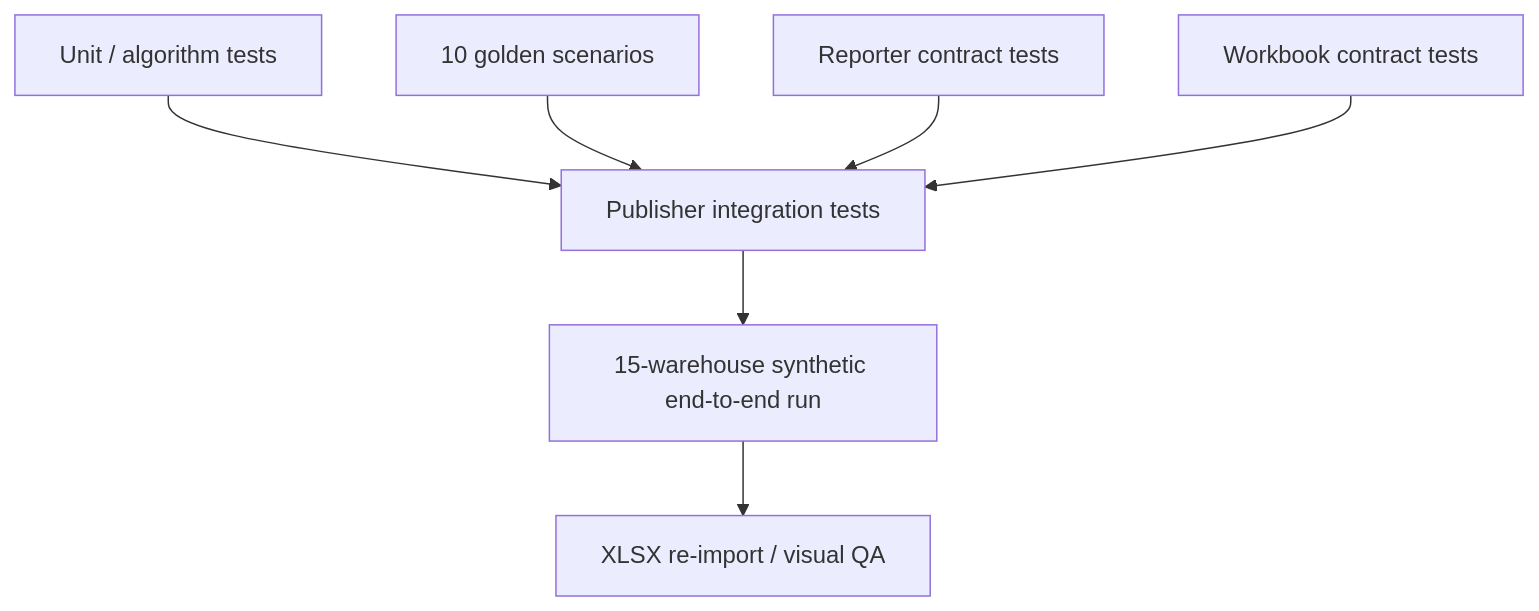
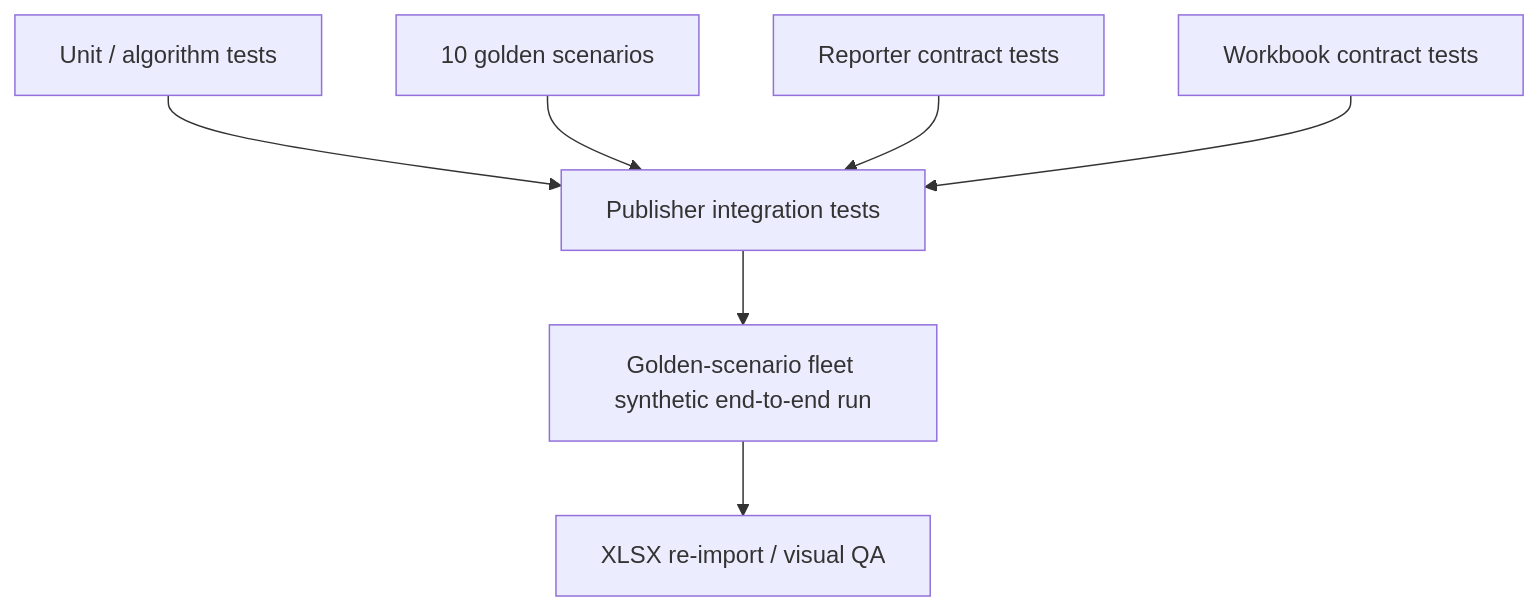
One commit to thiaga-gk/expert-funicular changed diagram 19 of 20 in docs/architecture/lld.md. Above: the diagram before and after it, drawn with Mermaid. The commit also changed other lines of this file and 8 other files, not shown here.

Commit message:
Demo fleet docs: one simulated warehouse per golden scenario (38 packages, 76 scenarios, 228 candidates)

````diff
--- a/docs/architecture/lld.md
+++ b/docs/architecture/lld.md
@@ -1550,9 +1550,9 @@
 ```mermaid
 flowchart TD
     U[Unit / algorithm tests] --> I[Publisher integration tests]
     G[10 golden scenarios] --> I
     C[Reporter contract tests] --> I
     W[Workbook contract tests] --> I
-    I --> D[15-warehouse synthetic end-to-end run]
+    I --> D[Golden-scenario fleet synthetic end-to-end run]
     D --> X[XLSX re-import / visual QA]
 ```
````
